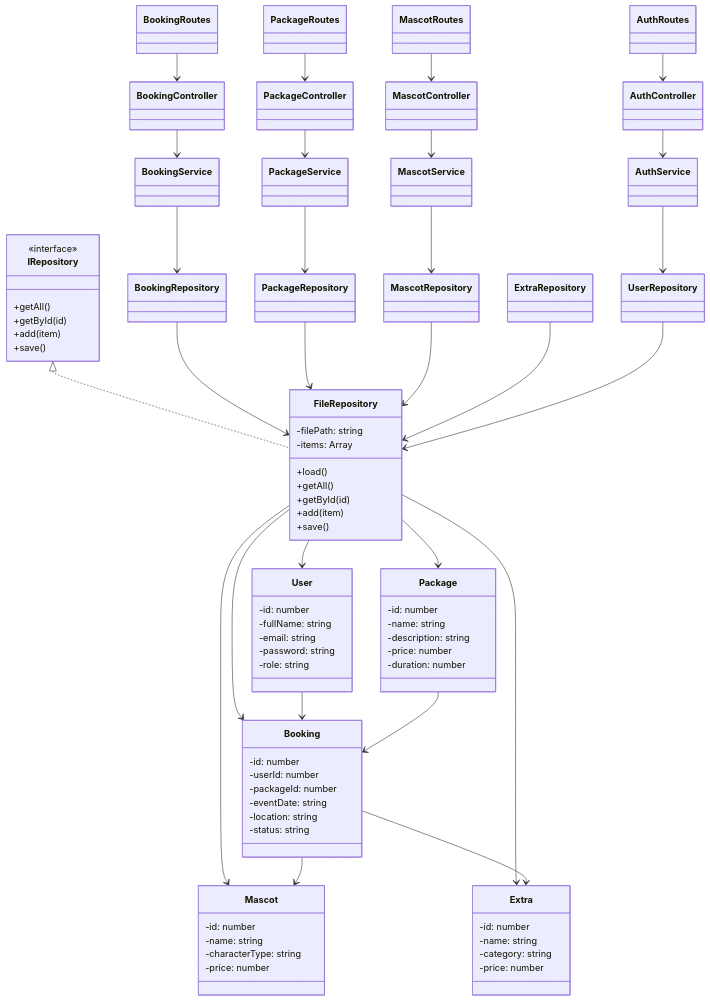
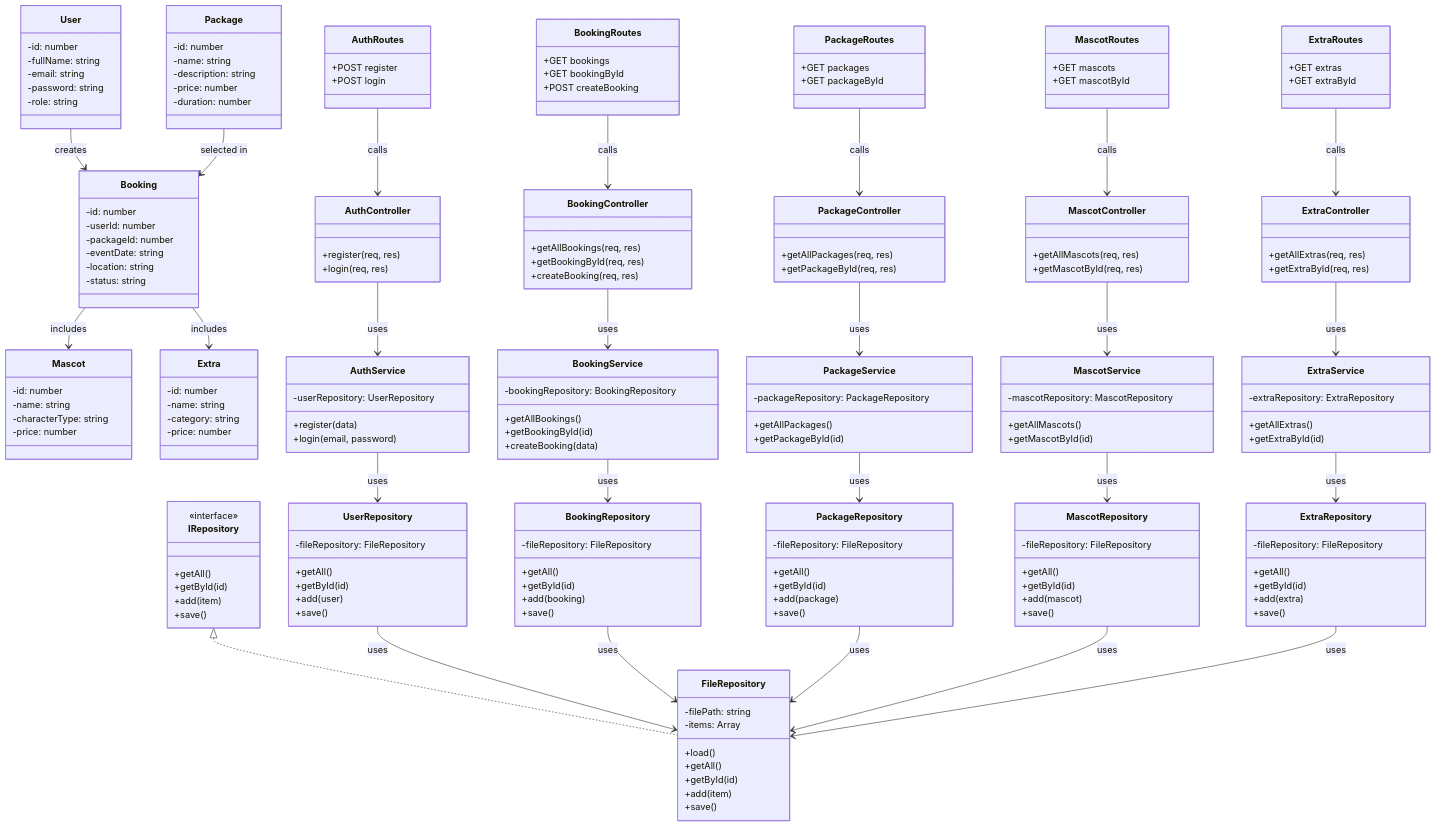
Before and after one commit to fh-umib/Md-creative-event-booking-system: the diagram in docs/class-diagram.md, drawn with Mermaid. The commit also changed other lines of this file, not shown here.

Commit message:
docs: update class diagram to reflect current architecture and enhance clarity

````diff
--- a/docs/class-diagram.md
+++ b/docs/class-diagram.md
@@ -36,6 +23,15 @@
         -email: string
         -password: string
         -role: string
+    }
+
+    class Booking {
+        -id: number
+        -userId: number
+        -packageId: number
+        -eventDate: string
+        -location: string
+        -status: string
     }
 
     class Package {
@@ -60,15 +56,6 @@
         -price: number
     }
 
-    class Booking {
-        -id: number
-        -userId: number
-        -packageId: number
-        -eventDate: string
-        -location: string
-        -status: string
-    }
-
     class IRepository {
         <<interface>>
         +getAll()
@@ -87,58 +74,157 @@
         +save()
     }
 
-    class BookingRepository
-    class PackageRepository
-    class MascotRepository
-    class ExtraRepository
-    class UserRepository
+    class UserRepository {
+        -fileRepository: FileRepository
+        +getAll()
+        +getById(id)
+        +add(user)
+        +save()
+    }
 
-    class BookingService
-    class PackageService
-    class MascotService
-    class AuthService
+    class BookingRepository {
+        -fileRepository: FileRepository
+        +getAll()
+        +getById(id)
+        +add(booking)
+        +save()
+    }
 
-    class BookingController
-    class PackageController
-    class MascotController
-    class AuthController
+    class PackageRepository {
+        -fileRepository: FileRepository
+        +getAll()
+        +getById(id)
+        +add(package)
+        +save()
+    }
 
-    class BookingRoutes
-    class PackageRoutes
-    class MascotRoutes
-    class AuthRoutes
+    class MascotRepository {
+        -fileRepository: FileRepository
+        +getAll()
+        +getById(id)
+        +add(mascot)
+        +save()
+    }
+
+    class ExtraRepository {
+        -fileRepository: FileRepository
+        +getAll()
+        +getById(id)
+        +add(extra)
+        +save()
+    }
+
+    class AuthService {
+        -userRepository: UserRepository
+        +register(data)
+        +login(email, password)
+    }
+
+    class BookingService {
+        -bookingRepository: BookingRepository
+        +getAllBookings()
+        +getBookingById(id)
+        +createBooking(data)
+    }
+
+    class PackageService {
+        -packageRepository: PackageRepository
+        +getAllPackages()
+        +getPackageById(id)
+    }
+
+    class MascotService {
+        -mascotRepository: MascotRepository
+        +getAllMascots()
+        +getMascotById(id)
+    }
+
+    class ExtraService {
+        -extraRepository: ExtraRepository
+        +getAllExtras()
+        +getExtraById(id)
+    }
+
+    class AuthController {
+        +register(req, res)
+        +login(req, res)
+    }
+
+    class BookingController {
+        +getAllBookings(req, res)
+        +getBookingById(req, res)
+        +createBooking(req, res)
+    }
+
+    class PackageController {
+        +getAllPackages(req, res)
+        +getPackageById(req, res)
+    }
+
+    class MascotController {
+        +getAllMascots(req, res)
+        +getMascotById(req, res)
+    }
+
+    class ExtraController {
+        +getAllExtras(req, res)
+        +getExtraById(req, res)
+    }
+
+    class AuthRoutes {
+        +POST register
+        +POST login
+    }
+
+    class BookingRoutes {
+        +GET bookings
+        +GET bookingById
+        +POST createBooking
+    }
+
+    class PackageRoutes {
+        +GET packages
+        +GET packageById
+    }
+
+    class MascotRoutes {
+        +GET mascots
+        +GET mascotById
+    }
+
+    class ExtraRoutes {
+        +GET extras
+        +GET extraById
+    }
 
     IRepository <|.. FileRepository
 
-    FileRepository --> Booking
-    FileRepository --> Package
-    FileRepository --> Mascot
-    FileRepository --> Extra
-    FileRepository --> User
+    UserRepository --> FileRepository : uses
+    BookingRepository --> FileRepository : uses
+    PackageRepository --> FileRepository : uses
+    MascotRepository --> FileRepository : uses
+    ExtraRepository --> FileRepository : uses
 
-    BookingRepository --> FileRepository
-    PackageRepository --> FileRepository
-    MascotRepository --> FileRepository
-    ExtraRepository --> FileRepository
-    UserRepository --> FileRepository
+    AuthService --> UserRepository : uses
+    BookingService --> BookingRepository : uses
+    PackageService --> PackageRepository : uses
+    MascotService --> MascotRepository : uses
+    ExtraService --> ExtraRepository : uses
 
-    BookingService --> BookingRepository
-    PackageService --> PackageRepository
-    MascotService --> MascotRepository
-    AuthService --> UserRepository
+    AuthController --> AuthService : uses
+    BookingController --> BookingService : uses
+    PackageController --> PackageService : uses
+    MascotController --> MascotService : uses
+    ExtraController --> ExtraService : uses
 
-    BookingController --> BookingService
-    PackageController --> PackageService
-    MascotController --> MascotService
-    AuthController --> AuthService
+    AuthRoutes --> AuthController : calls
+    BookingRoutes --> BookingController : calls
+    PackageRoutes --> PackageController : calls
+    MascotRoutes --> MascotController : calls
+    ExtraRoutes --> ExtraController : calls
 
-    BookingRoutes --> BookingController
-    PackageRoutes --> PackageController
-    MascotRoutes --> MascotController
-    AuthRoutes --> AuthController
-
-    User --> Booking
-    Package --> Booking
-    Booking --> Mascot
-    Booking --> Extra
-  ```
+    User --> Booking : creates
+    Package --> Booking : selected in
+    Booking --> Mascot : includes
+    Booking --> Extra : includes
+```
````
